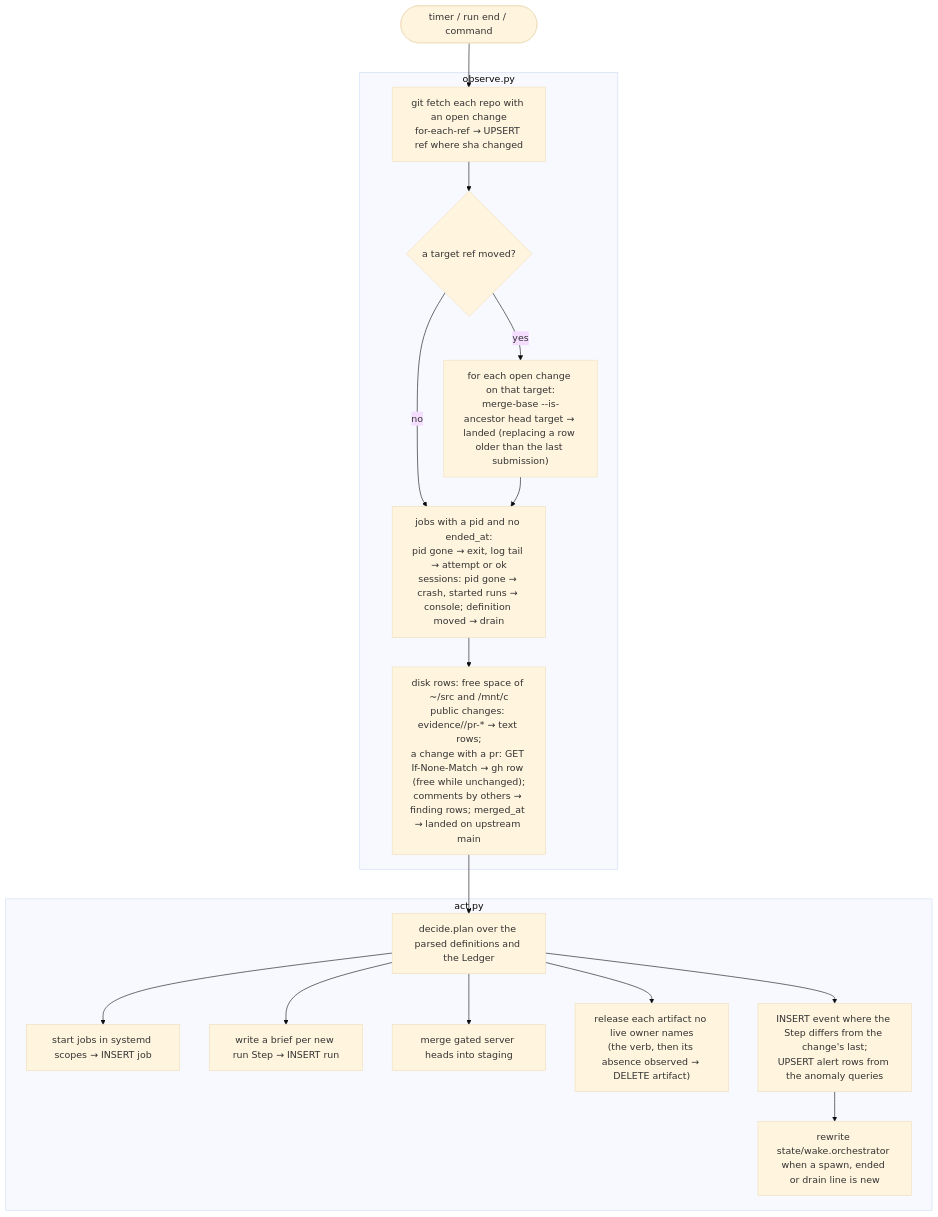
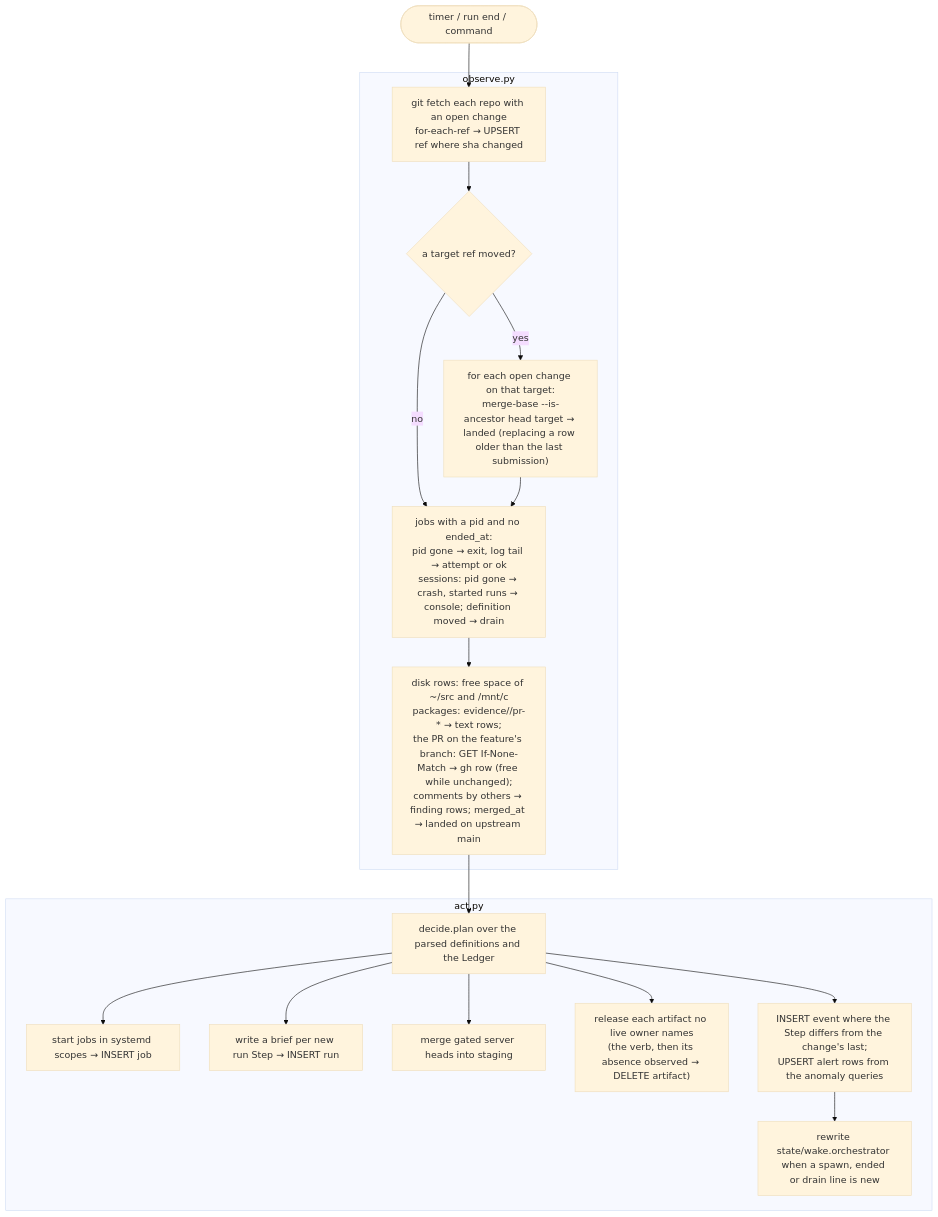
Before and after one commit to AlexPerrin/RuneHarness: the fourth of 8 diagrams in docs/ARCHITECTURE.md, drawn with Mermaid (base theme). The commit also changed other lines of this file and 40 other files, not shown here.

````diff
--- a/docs/ARCHITECTURE.md
+++ b/docs/ARCHITECTURE.md
@@ -323,20 +348,20 @@
 ```mermaid
 flowchart TD
   T0([timer / run end / command]) --> F
   subgraph OBS["observe.py"]
     F["git fetch each repo with an open change<br/>for-each-ref → UPSERT ref where sha changed"] --> L{"a target ref moved?"}
     L -- yes --> LA["for each open change on that target:<br/>merge-base --is-ancestor head target → landed (replacing a row older than the last submission)"]
     L -- no --> P
     LA --> P["jobs with a pid and no ended_at:<br/>pid gone → exit, log tail → attempt or ok<br/>sessions: pid gone → crash, started runs → console; definition moved → drain"]
-    P --> GH["disk rows: free space of ~/src and /mnt/c<br/>public changes: evidence/<slug>/pr-* → text rows;<br/>a change with a pr: GET If-None-Match → gh row (free while unchanged);<br/>comments by others → finding rows; merged_at → landed on upstream main"]
+    P --> GH["disk rows: free space of ~/src and /mnt/c<br/>packages: evidence/<slug>/pr-* → text rows;<br/>the PR on the feature's branch: GET If-None-Match → gh row (free while unchanged);<br/>comments by others → finding rows; merged_at → landed on upstream main"]
   end
   GH --> D["decide.plan over the parsed definitions and the Ledger"]
   subgraph ACT["act.py"]
     D --> S["start jobs in systemd scopes → INSERT job"]
     D --> B["write a brief per new run Step → INSERT run"]
     D --> M["merge gated server heads into staging"]
     D --> R["release each artifact no live owner names<br/>(the verb, then its absence observed → DELETE artifact)"]
     D --> E["INSERT event where the Step differs from the change's last;<br/>UPSERT alert rows from the anomaly queries"]
     E --> W["rewrite state/wake.orchestrator when a spawn, ended or drain line is new"]
   end
 ```
````
